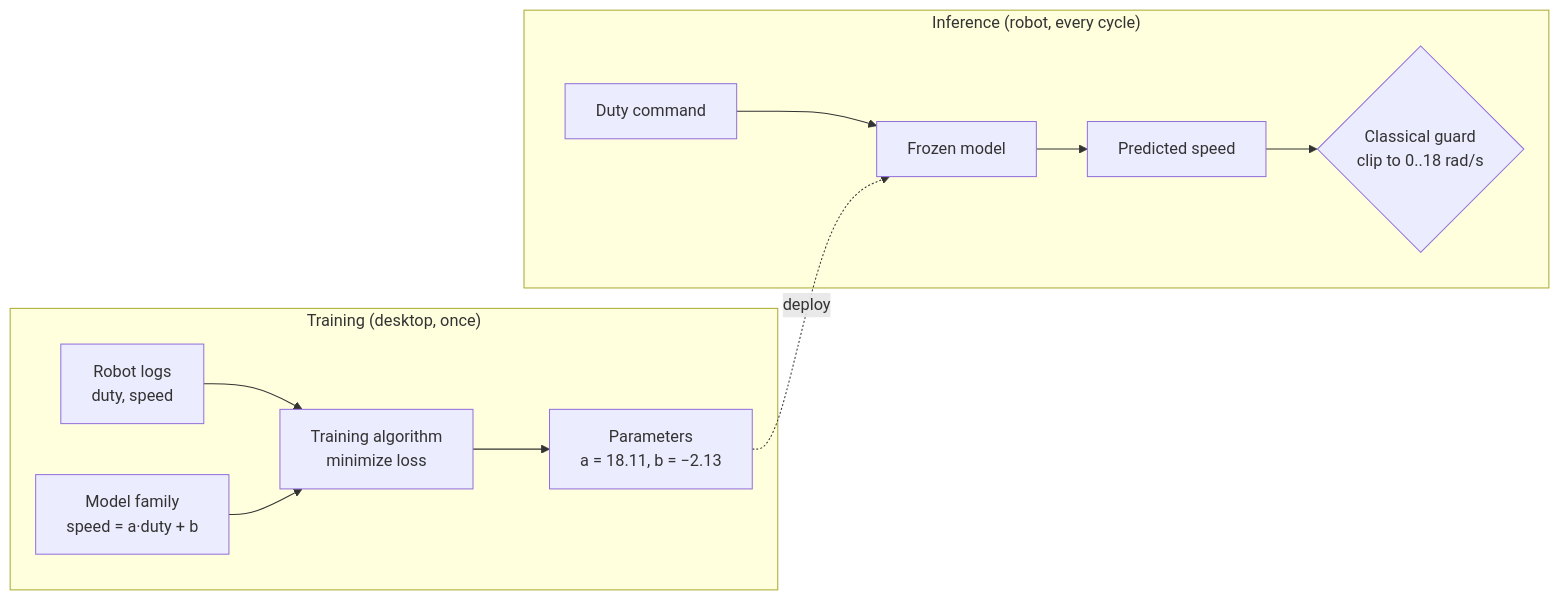
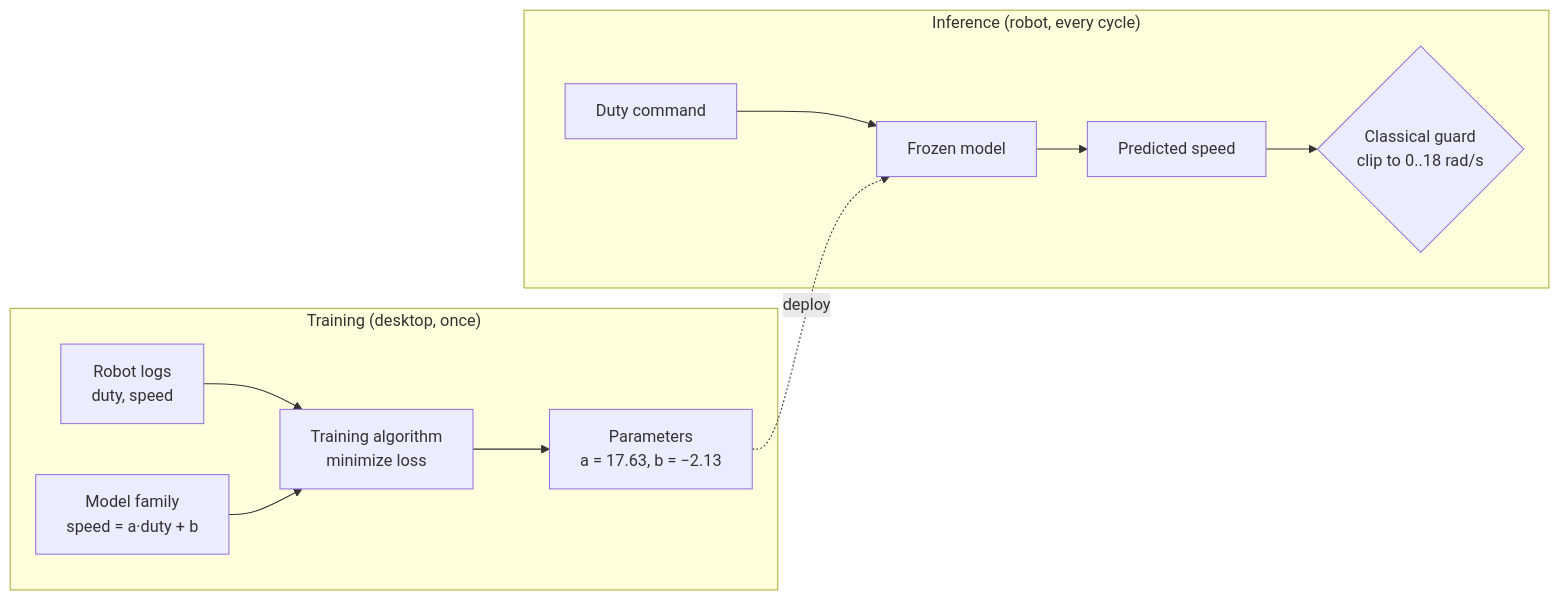
One commit to tal-giladi/robotics-course changed the diagram in optional-foundations/machine-learning/FML.01-what-is-ml.md. Above: the diagram before and after it, drawn with Mermaid. The commit also changed other lines of this file and 55 other files, not shown here.

````diff
--- a/optional-foundations/machine-learning/FML.01-what-is-ml.md
+++ b/optional-foundations/machine-learning/FML.01-what-is-ml.md
@@ -153,14 +153,14 @@
 ```mermaid
 flowchart LR
     subgraph Offline["Training (desktop, once)"]
         L[Robot logs<br/>duty, speed] --> T[Training algorithm<br/>minimize loss]
         M0[Model family<br/>speed = a·duty + b] --> T
-        T --> P[Parameters<br/>a = 18.11, b = −2.13]
+        T --> P[Parameters<br/>a = 17.63, b = −2.13]
     end
     subgraph Online["Inference (robot, every cycle)"]
         D[Duty command] --> F[Frozen model]
         P -. deploy .-> F
         F --> S[Predicted speed]
         S --> G{Classical guard<br/>clip to 0..18 rad/s}
     end
 ```
````
